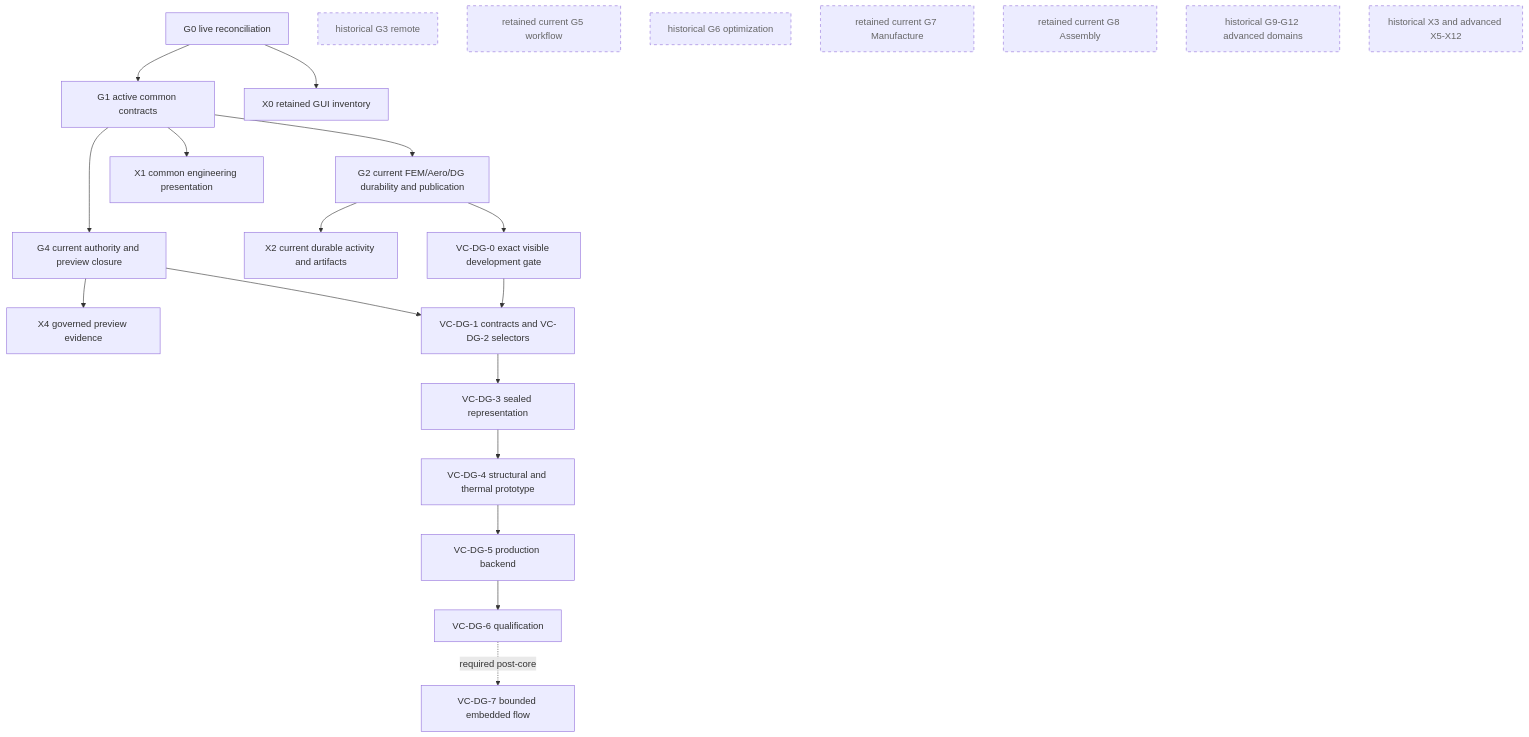
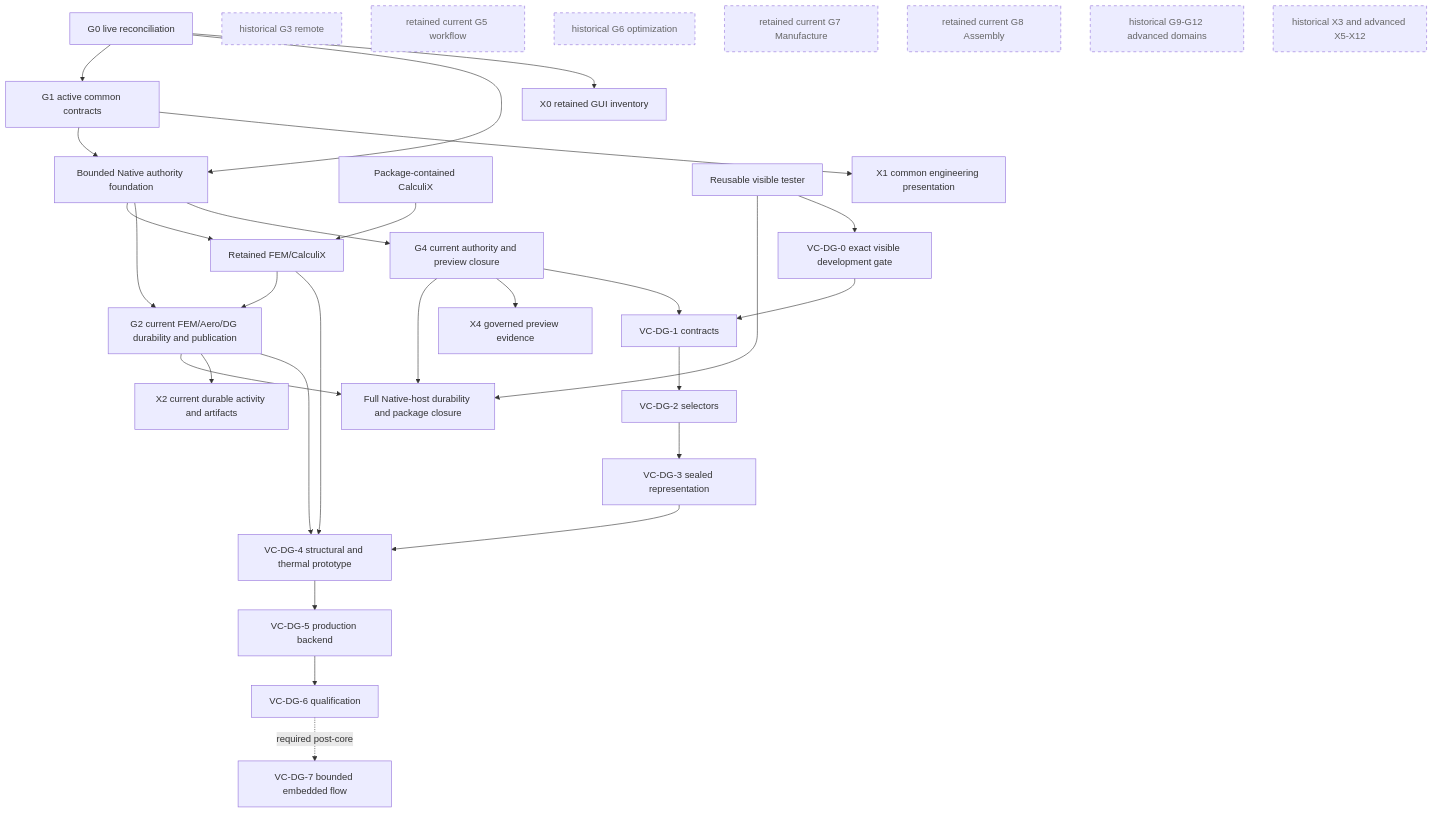
Before and after one commit to halthinks/vibecad: the diagram in docs/vibecad-governed-engineering-roadmap.md, drawn with Mermaid. The commit also changed other lines of this file and 5 other files, not shown here.

Commit message:
Refresh G0 freeze and clarify Native FEM dependencies

````diff
--- a/docs/vibecad-governed-engineering-roadmap.md
+++ b/docs/vibecad-governed-engineering-roadmap.md
@@ -485,26 +540,37 @@
 ```mermaid
 flowchart TD
     G0[G0 live reconciliation] --> G1[G1 active common contracts]
-    G1 --> G2[G2 current FEM/Aero/DG durability and publication]
-    G1 --> G4[G4 current authority and preview closure]
+    G1 --> N0[Bounded Native authority foundation]
+    G0 --> N0
+    PKG[Package-contained CalculiX] --> FEM[Retained FEM/CalculiX]
+    N0 --> FEM
+    FEM --> G2[G2 current FEM/Aero/DG durability and publication]
+    N0 --> G2
+    N0 --> G4[G4 current authority and preview closure]
+    G2 --> NH[Full Native-host durability and package closure]
+    G4 --> NH
+    T[Reusable visible tester] --> NH
     G0 --> X0[X0 retained GUI inventory]
     G1 --> X1[X1 common engineering presentation]
     G2 --> X2[X2 current durable activity and artifacts]
     G4 --> X4[X4 governed preview evidence]
-    G2 --> DG0[VC-DG-0 exact visible development gate]
-    G4 --> DG1[VC-DG-1 contracts and VC-DG-2 selectors]
+    T --> DG0[VC-DG-0 exact visible development gate]
+    G4 --> DG1[VC-DG-1 contracts]
     DG0 --> DG1
-    DG1 --> DG3[VC-DG-3 sealed representation]
-    DG3 --> DG4[VC-DG-4 structural and thermal prototype]
+    DG1 --> DG2[VC-DG-2 selectors]
+    DG2 --> DG3[VC-DG-3 sealed representation]
+    G2 --> DG4[VC-DG-4 structural and thermal prototype]
+    FEM --> DG4
+    DG3 --> DG4
     DG4 --> DG5[VC-DG-5 production backend]
     DG5 --> DG6[VC-DG-6 qualification]
     DG6 -. required post-core .-> DG7[VC-DG-7 bounded embedded flow]
     G3[historical G3 remote]:::historical
     G5[retained current G5 workflow]:::historical
     G6[historical G6 optimization]:::historical
     G7[retained current G7 Manufacture]:::historical
     G8[retained current G8 Assembly]:::historical
     G9[historical G9-G12 advanced domains]:::historical
     XH[historical X3 and advanced X5-X12]:::historical
     classDef historical stroke-dasharray: 5 5,color:#666;
 ```
````
